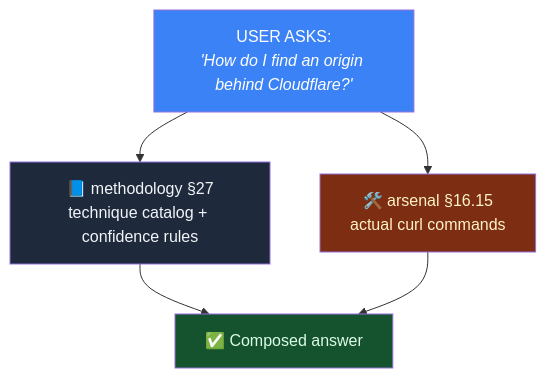
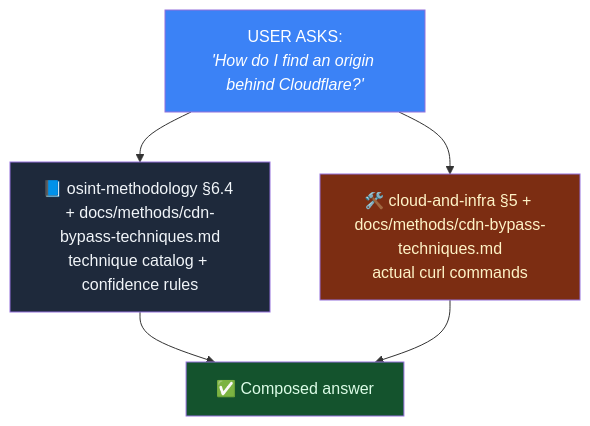
The first of 9 diagrams in docs/architecture.md (Ap6pack/outrider-recon), drawn with Mermaid before and after one commit. The commit also changed other lines of this file and 32 other files, not shown here.

````diff
--- a/docs/architecture.md
+++ b/docs/architecture.md
@@ -12,15 +12,15 @@
 ```mermaid
 flowchart TD
     U["USER ASKS:<br/><i>'How do I find an origin behind Cloudflare?'</i>"]
-    M["📘 methodology §27<br/>technique catalog + confidence rules"]
-    A["🛠️ arsenal §16.15<br/>actual curl commands"]
+    M["📘 osint-methodology §6.4 + docs/methods/cdn-bypass-techniques.md<br/>technique catalog + confidence rules"]
+    A["🛠️ cloud-and-infra §5 + docs/methods/cdn-bypass-techniques.md<br/>actual curl commands"]
     O["✅ Composed answer"]
     U --> M
     U --> A
     M --> O
     A --> O
     style U fill:#3b82f6,color:#fff
     style M fill:#1e293b,color:#f1f5f9
     style A fill:#7c2d12,color:#fef3c7
     style O fill:#14532d,color:#dcfce7
 ```
````
